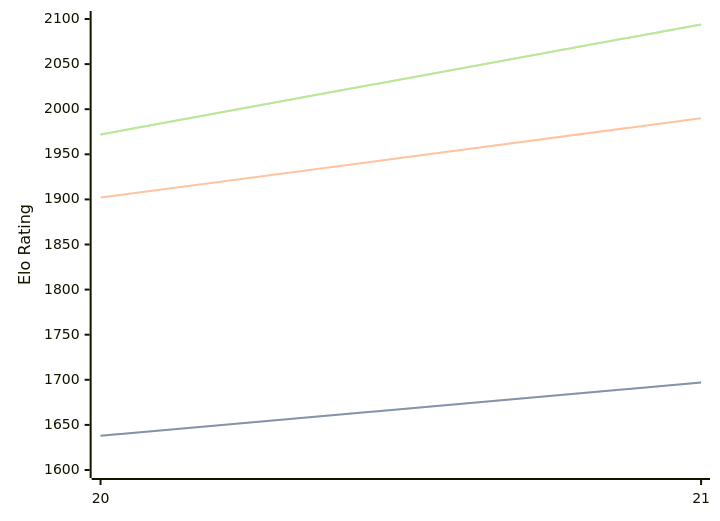
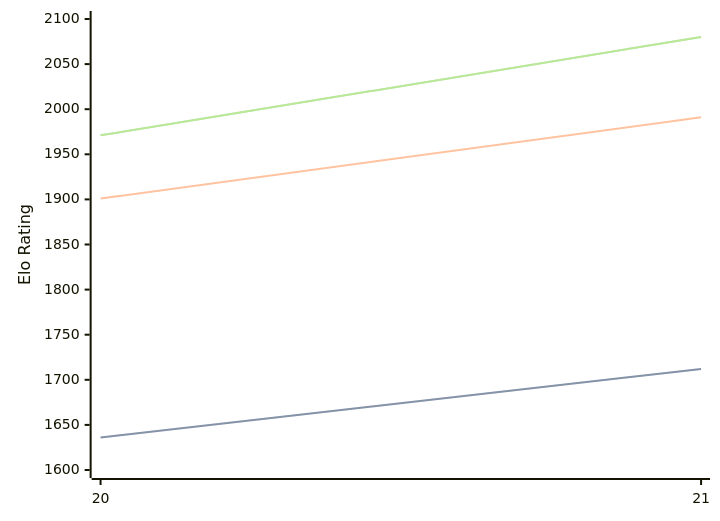
Before and after one commit to computer-chess-index/cci: the diagram in engines/PurplePanda.md, drawn with Mermaid. The commit also changed other lines of this file, not shown here.

Commit message:
Update CCI Ratings (ELO VLTC) - 2026-08-04

````diff
--- a/engines/PurplePanda.md
+++ b/engines/PurplePanda.md
@@ -40,11 +40,11 @@
 ```mermaid
 %%{init: {"theme":"base","themeVariables":{"seriesColors:['#a3a3a3','#222221','#faa371']}}}%%
 xychart-beta
   x-axis ["20", "21"]
   y-axis "Elo Rating" 1600 --> 2100
-  line "STC (8.0+0.08s)" [1638, 1697]
-  line "STC (8.0+0.08s)" [1638, 1697]
-  line "LTC (60.0+0.60s)" [1902, 1990]
-  line "VLTC (2m24s+1.12s)" [1972, 2094]
-  line "VLTC (2m24s+1.12s)" [1972, 2094]
+  line "STC (8.0+0.08s)" [1636, 1712]
+  line "STC (8.0+0.08s)" [1636, 1712]
+  line "LTC (60.0+0.60s)" [1901, 1991]
+  line "VLTC (2m24s+1.12s)" [1971, 2080]
+  line "VLTC (2m24s+1.12s)" [1971, 2080]
 ```
````
